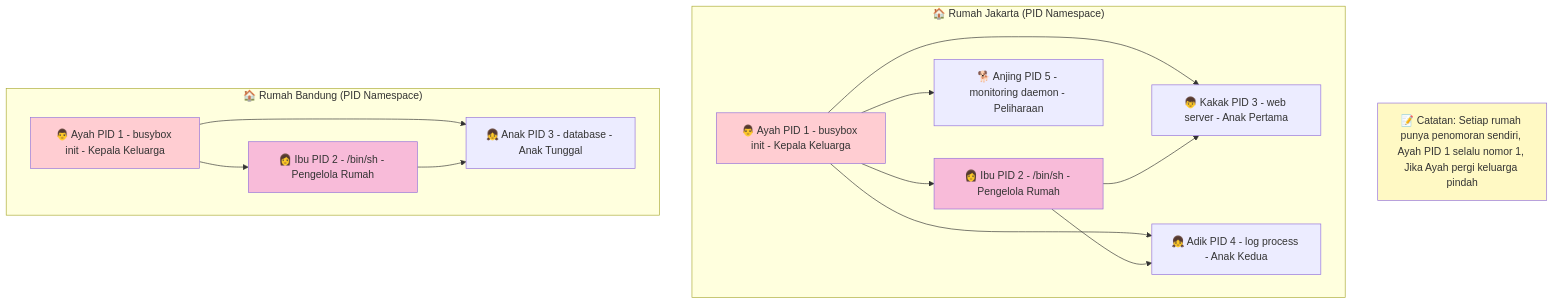
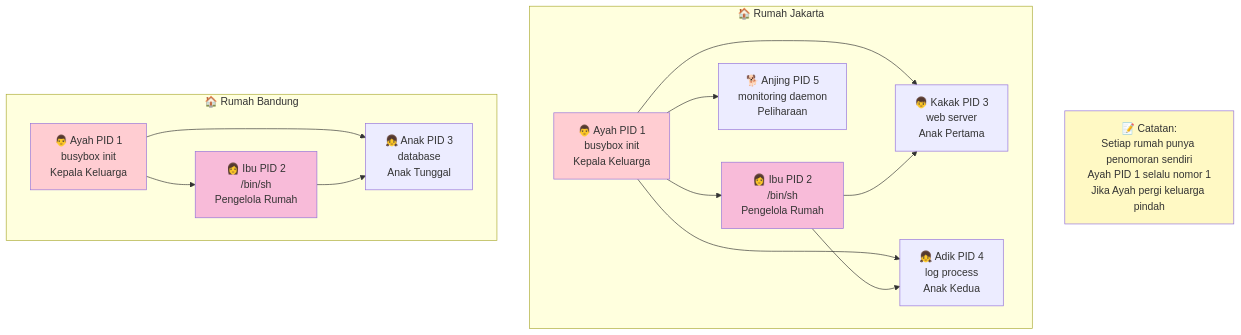
The second of 8 diagrams in docs/DIAGRAMS.md (tonidy/pak-rt), drawn with Mermaid before and after one commit. The commit also changed other lines of this file, not shown here.

First line of the commit message:
docs(diagrams): improve Mermaid diagram readability with line breaks

````diff
--- a/docs/DIAGRAMS.md
+++ b/docs/DIAGRAMS.md
@@ -58,36 +58,36 @@
 ```mermaid
 graph TD
-    subgraph "🏠 Rumah Jakarta (PID Namespace)"
-        Ayah[👨 Ayah PID 1 - busybox init - Kepala Keluarga]
-        Ibu[👩 Ibu PID 2 - /bin/sh - Pengelola Rumah]
-        Kakak[👦 Kakak PID 3 - web server - Anak Pertama]
-        Adik[👧 Adik PID 4 - log process - Anak Kedua]
-        Anjing[🐕 Anjing PID 5 - monitoring daemon - Peliharaan]
+    subgraph "🏠 Rumah Jakarta"
+        Ayah[👨 Ayah PID 1<br/>busybox init<br/>Kepala Keluarga]
+        Ibu[👩 Ibu PID 2<br/>/bin/sh<br/>Pengelola Rumah]
+        Kakak[👦 Kakak PID 3<br/>web server<br/>Anak Pertama]
+        Adik[👧 Adik PID 4<br/>log process<br/>Anak Kedua]
+        Anjing[🐕 Anjing PID 5<br/>monitoring daemon<br/>Peliharaan]
         
         Ayah --> Ibu
         Ayah --> Kakak
         Ayah --> Adik
         Ayah --> Anjing
         
         Ibu --> Kakak
         Ibu --> Adik
     end
     
-    subgraph "🏠 Rumah Bandung (PID Namespace)"
-        Ayah2[👨 Ayah PID 1 - busybox init - Kepala Keluarga]
-        Ibu2[👩 Ibu PID 2 - /bin/sh - Pengelola Rumah]
-        Anak2[👧 Anak PID 3 - database - Anak Tunggal]
+    subgraph "🏠 Rumah Bandung"
+        Ayah2[👨 Ayah PID 1<br/>busybox init<br/>Kepala Keluarga]
+        Ibu2[👩 Ibu PID 2<br/>/bin/sh<br/>Pengelola Rumah]
+        Anak2[👧 Anak PID 3<br/>database<br/>Anak Tunggal]
         
         Ayah2 --> Ibu2
         Ayah2 --> Anak2
         Ibu2 --> Anak2
     end
     
-    Note[📝 Catatan: Setiap rumah punya penomoran sendiri, Ayah PID 1 selalu nomor 1, Jika Ayah pergi keluarga pindah]
+    Note[📝 Catatan:<br/>Setiap rumah punya penomoran sendiri<br/>Ayah PID 1 selalu nomor 1<br/>Jika Ayah pergi keluarga pindah]
     
     style Ayah fill:#ffcdd2
     style Ayah2 fill:#ffcdd2
     style Ibu fill:#f8bbd9
     style Ibu2 fill:#f8bbd9
     style Note fill:#fff9c4
 ```
````
